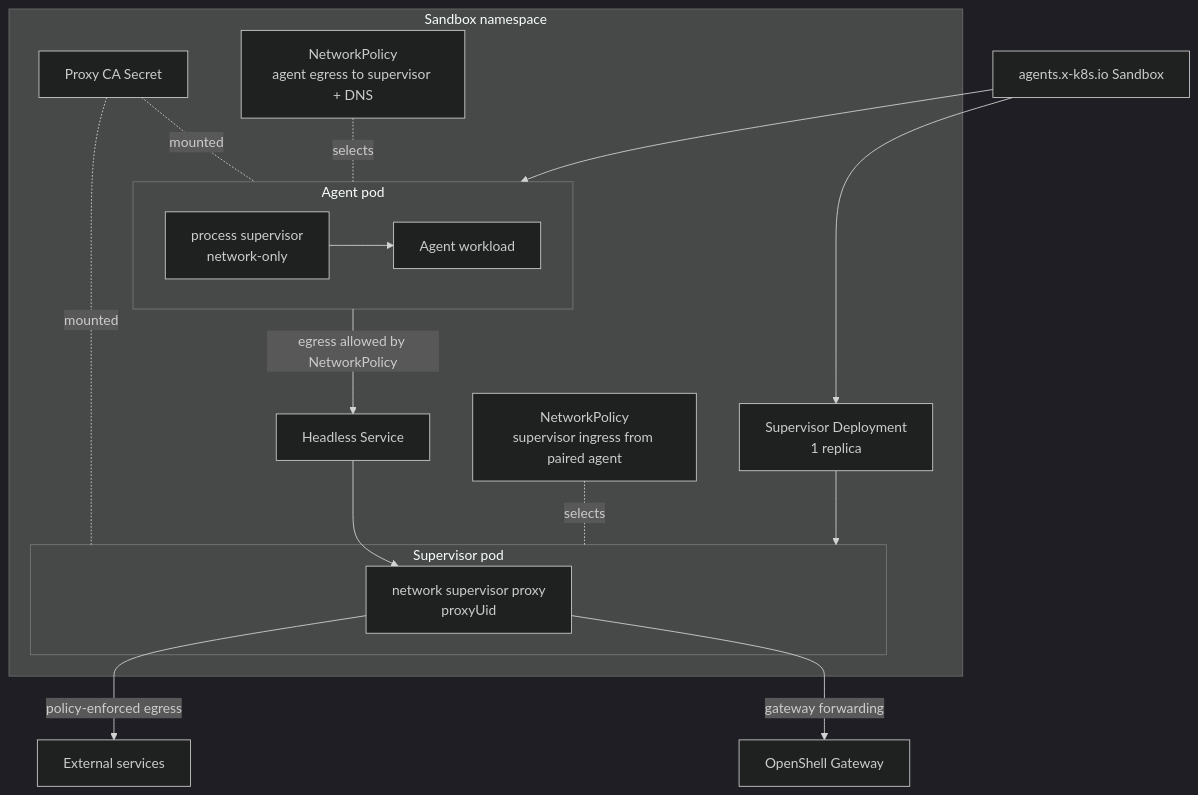
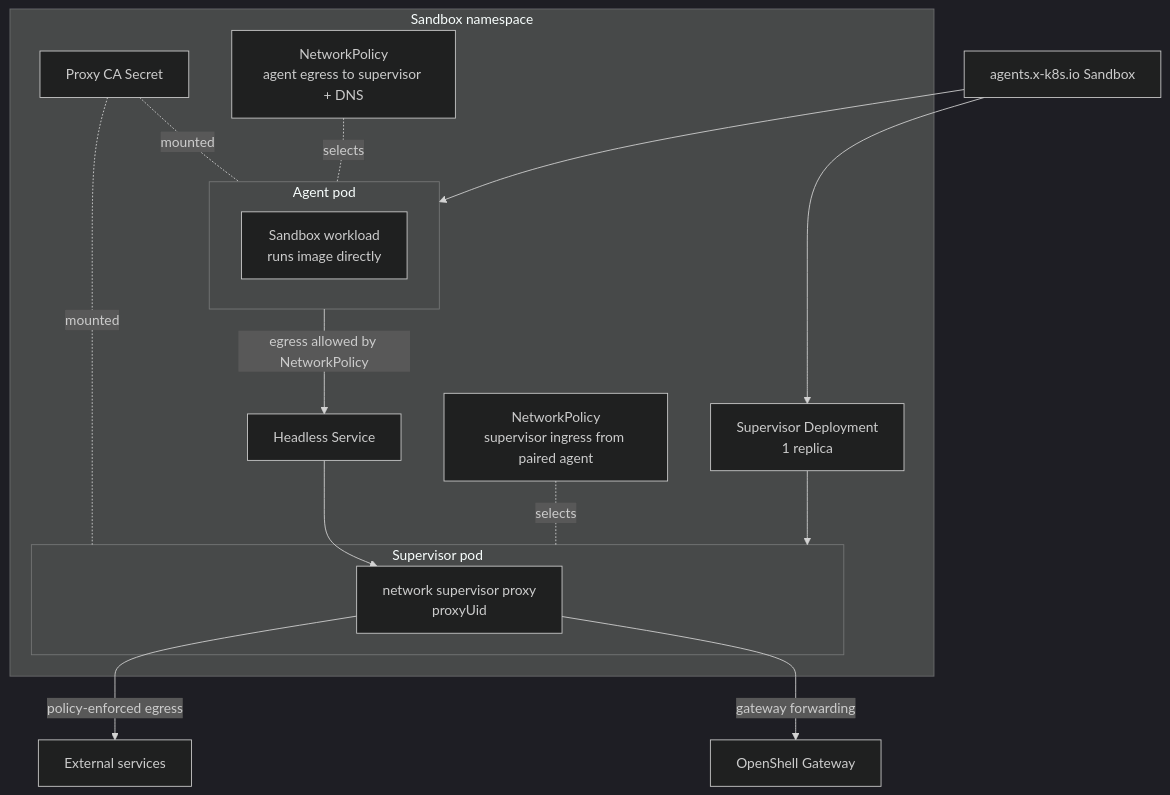
One commit to NVIDIA/OpenShell changed the third of 3 diagrams in docs/kubernetes/topology.mdx. Above: the diagram before and after it, drawn with Mermaid (dark theme). The commit also changed other lines of this file and 14 other files, not shown here.

````diff
--- a/docs/kubernetes/topology.mdx
+++ b/docs/kubernetes/topology.mdx
@@ -173,37 +173,35 @@
 ```mermaid
 flowchart TB
   Sandbox["agents.x-k8s.io Sandbox"]
 
   subgraph Namespace["Sandbox namespace"]
     subgraph AgentPod["Agent pod"]
-      ProcessSupervisor["process supervisor<br/>network-only"]
-      Workload["Agent workload"]
+      Workload["Sandbox workload<br/>runs image directly"]
     end
 
     SupervisorDeployment["Supervisor Deployment<br/>1 replica"]
     subgraph SupervisorPod["Supervisor pod"]
       NetworkProxy["network supervisor proxy<br/>proxyUid"]
     end
 
     Service["Headless Service"]
     ProxyCA["Proxy CA Secret"]
     AgentEgressPolicy["NetworkPolicy<br/>agent egress to supervisor + DNS"]
     SupervisorIngressPolicy["NetworkPolicy<br/>supervisor ingress from paired agent"]
   end
 
   Gateway["OpenShell Gateway"]
   External["External services"]
 
   Sandbox --> AgentPod
   Sandbox --> SupervisorDeployment
   SupervisorDeployment --> SupervisorPod
-  ProcessSupervisor --> Workload
   AgentPod -->|"egress allowed by NetworkPolicy"| Service
   Service --> NetworkProxy
   NetworkProxy -->|"gateway forwarding"| Gateway
   NetworkProxy -->|"policy-enforced egress"| External
   ProxyCA -. mounted .- AgentPod
   ProxyCA -. mounted .- SupervisorPod
   AgentEgressPolicy -. selects .- AgentPod
   SupervisorIngressPolicy -. selects .- SupervisorPod
 ```
````
